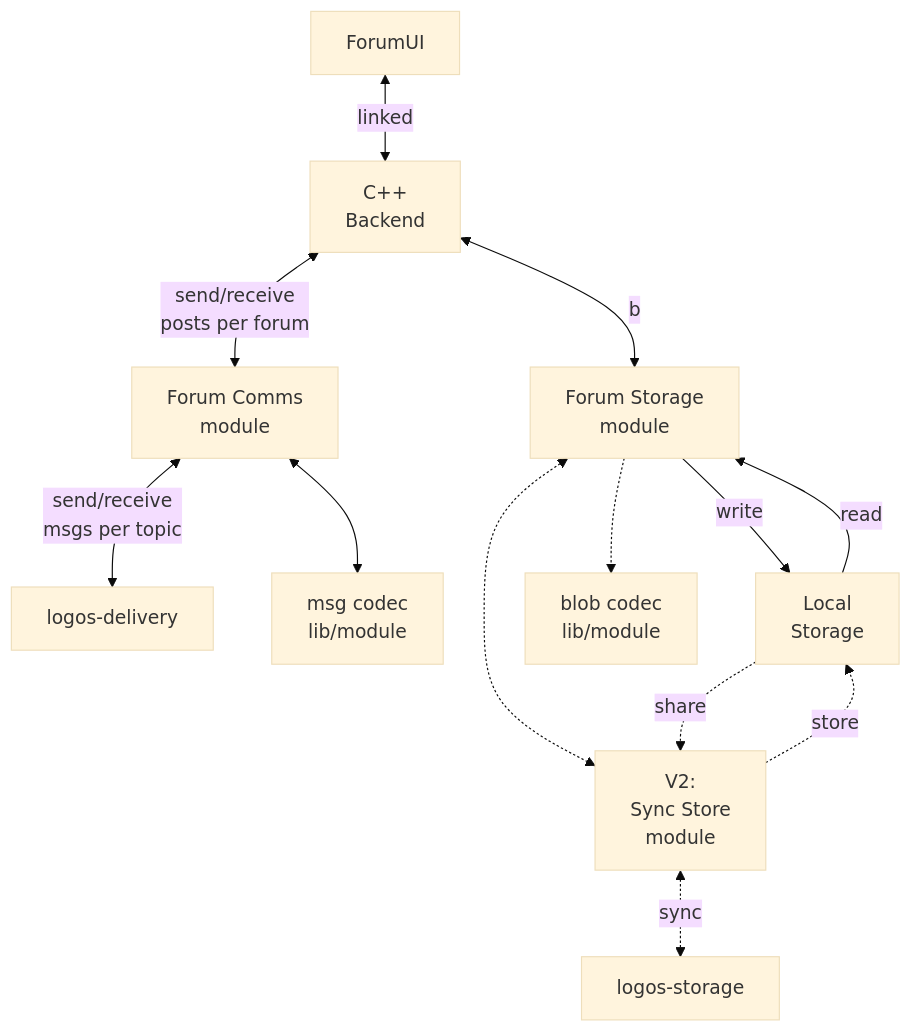
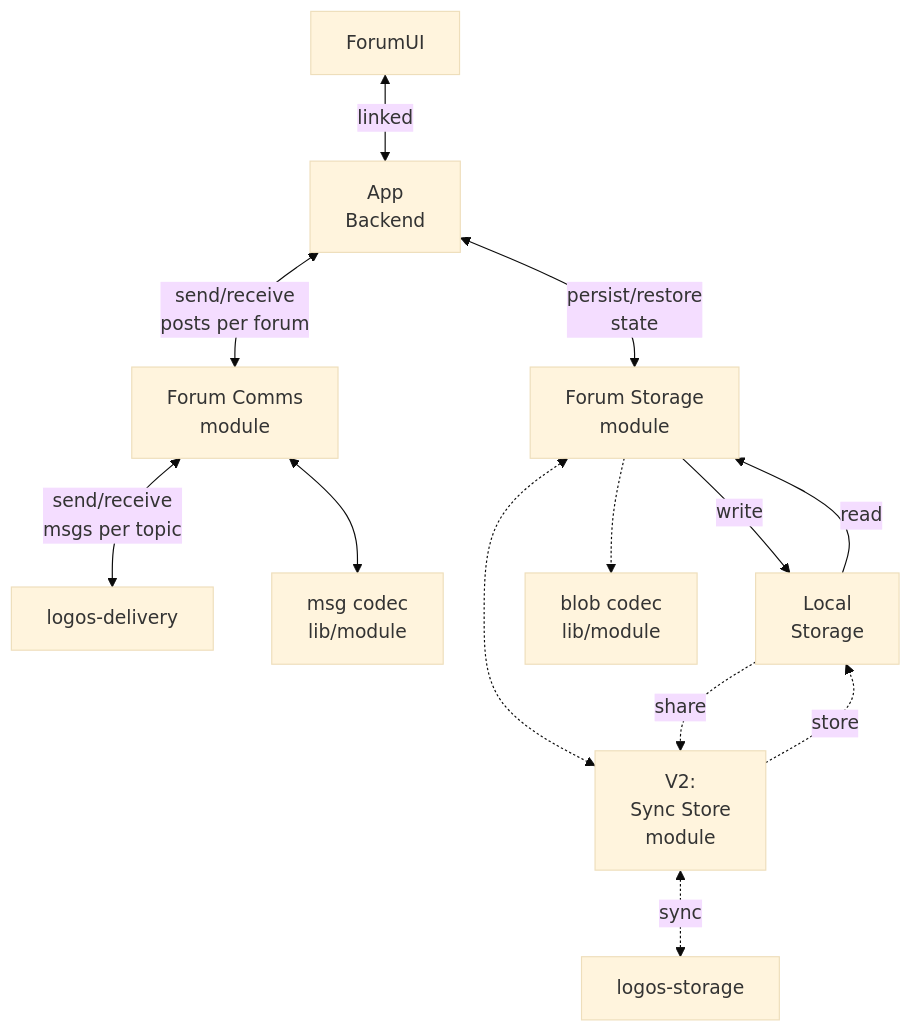
One commit to jzaki/logos-playground changed the second of 2 diagrams in apps/forums/README.md. Above: the diagram before and after it, drawn with Mermaid (base theme). The commit also changed other lines of this file, not shown here.

Commit message:
Add module descriptions

````diff
--- a/apps/forums/README.md
+++ b/apps/forums/README.md
@@ -75,16 +75,15 @@
 ```mermaid
 graph TD
-    ForumUI <-->|linked| AppBackend["C++<br>Backend"]
+    ForumUI <-->|linked| AppBackend["App<br>Backend"]
     AppBackend <-->|send/receive<br>posts per forum| ForumComms[Forum Comms<br>module]
     ForumComms <-->|send/receive<br>msgs per topic| logos-delivery
     ForumComms <--> MsgCodec[msg codec<br>lib/module]
-    AppBackend <-->|b| ForumStorage[Forum Storage<br>module]
+    AppBackend <-->|persist/restore<br>state| ForumStorage[Forum Storage<br>module]
     LocalStorage -->|read| ForumStorage
     ForumStorage -->|write| LocalStorage[Local<br>Storage]
     ForumStorage <-.-> SyncStore[V2:<br>Sync Store<br>module]
     ForumStorage -.-> BlobCodec[blob codec<br>lib/module]
     SyncStore -.->|store| LocalStorage
     LocalStorage -.->|share| SyncStore
     SyncStore <-.->|sync| logos-storage
-
 ```
````
